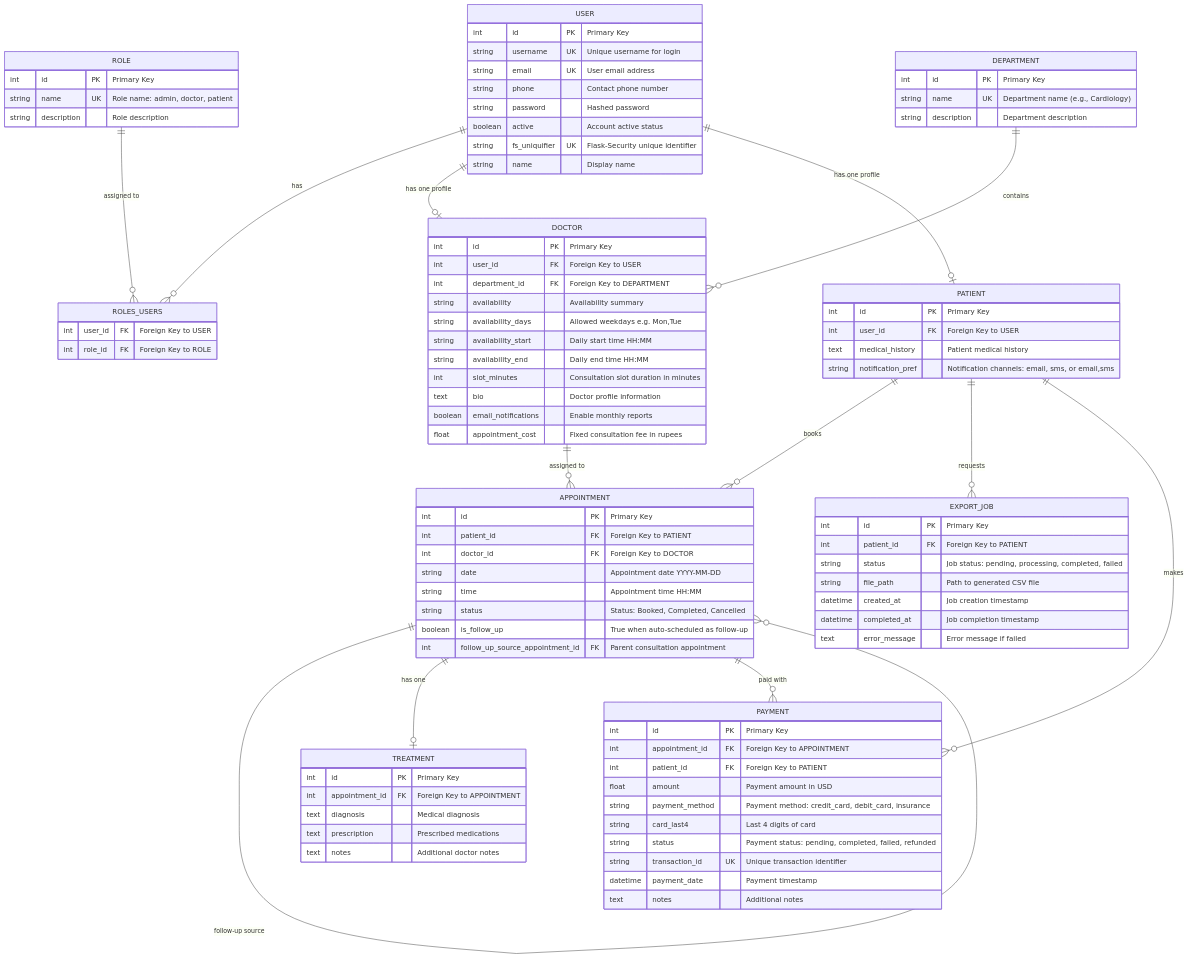
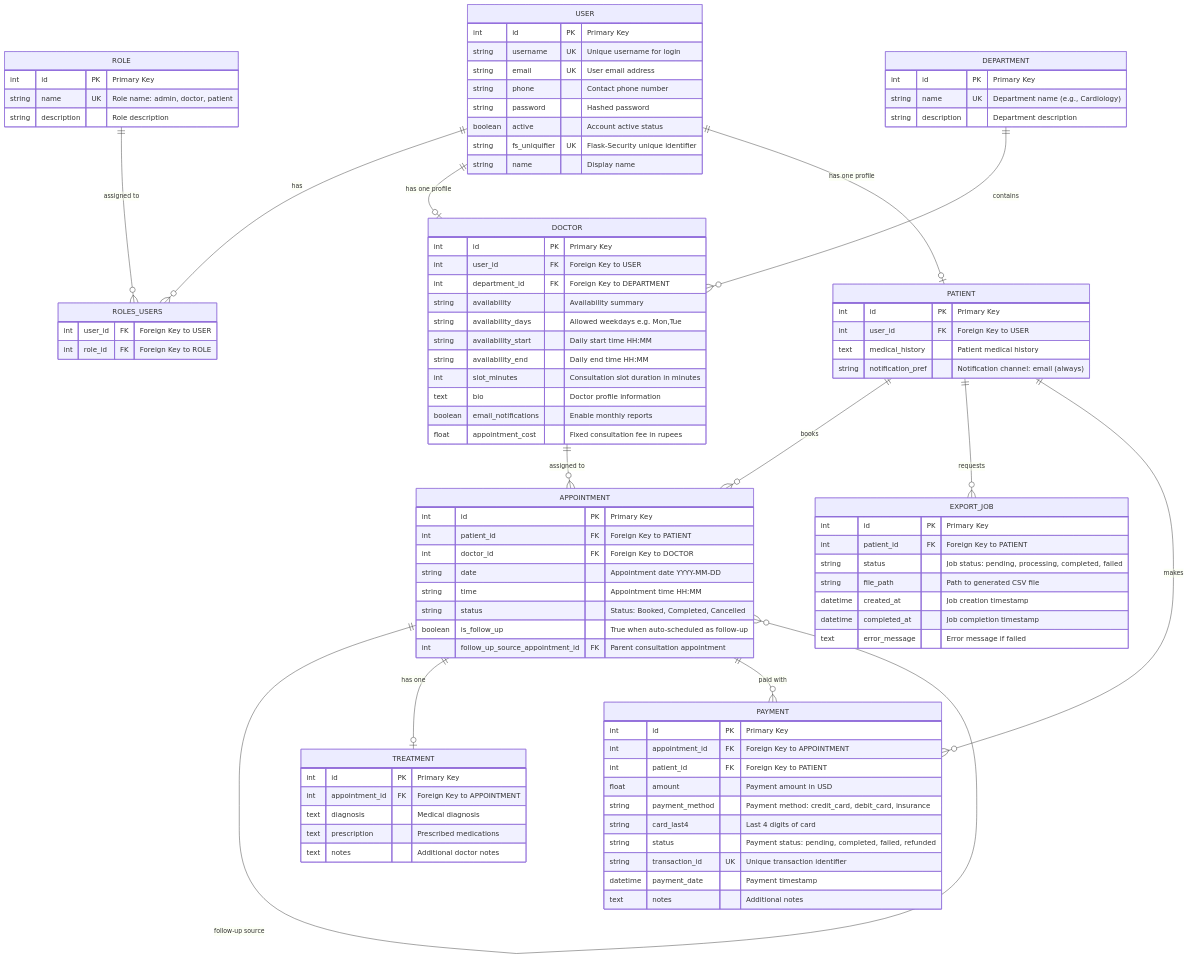
One commit to 990aa/hospital-operations-system changed the diagram in docs/er_diagram.mmd. Above: the diagram before and after it, drawn with Mermaid. The commit also changed 20 other files, not shown here.

```diff
--- a/docs/er_diagram.mmd
+++ b/docs/er_diagram.mmd
@@ -1,111 +1,111 @@
 erDiagram
     %% Hospital Management System - Entity Relationship Diagram
     %% Database Schema for Patient, Doctor, Admin, Appointments and Treatments
     
     USER ||--o{ ROLES_USERS : "has"
     ROLE ||--o{ ROLES_USERS : "assigned to"
     USER ||--o| DOCTOR : "has one profile"
     USER ||--o| PATIENT : "has one profile"
     
     DEPARTMENT ||--o{ DOCTOR : "contains"
     
     PATIENT ||--o{ APPOINTMENT : "books"
     DOCTOR ||--o{ APPOINTMENT : "assigned to"
     APPOINTMENT ||--o{ APPOINTMENT : "follow-up source"
     
     APPOINTMENT ||--o| TREATMENT : "has one"
     APPOINTMENT ||--o{ PAYMENT : "paid with"
     
     PATIENT ||--o{ EXPORT_JOB : "requests"
     PATIENT ||--o{ PAYMENT : "makes"
     
     USER {
         int id PK "Primary Key"
         string username UK "Unique username for login"
         string email UK "User email address"
         string phone "Contact phone number"
         string password "Hashed password"
         boolean active "Account active status"
         string fs_uniquifier UK "Flask-Security unique identifier"
         string name "Display name"
     }
     
     ROLE {
         int id PK "Primary Key"
         string name UK "Role name: admin, doctor, patient"
         string description "Role description"
     }
     
     ROLES_USERS {
         int user_id FK "Foreign Key to USER"
         int role_id FK "Foreign Key to ROLE"
     }
     
     DEPARTMENT {
         int id PK "Primary Key"
         string name UK "Department name (e.g., Cardiology)"
         string description "Department description"
     }
     
     DOCTOR {
         int id PK "Primary Key"
         int user_id FK "Foreign Key to USER"
         int department_id FK "Foreign Key to DEPARTMENT"
         string availability "Availability summary"
         string availability_days "Allowed weekdays e.g. Mon,Tue"
         string availability_start "Daily start time HH:MM"
         string availability_end "Daily end time HH:MM"
         int slot_minutes "Consultation slot duration in minutes"
         text bio "Doctor profile information"
         boolean email_notifications "Enable monthly reports"
         float appointment_cost "Fixed consultation fee in rupees"
     }
     
     PATIENT {
         int id PK "Primary Key"
         int user_id FK "Foreign Key to USER"
         text medical_history "Patient medical history"
-        string notification_pref "Notification channels: email, sms, or email,sms"
+        string notification_pref "Notification channel: email (always)"
     }
     
     APPOINTMENT {
         int id PK "Primary Key"
         int patient_id FK "Foreign Key to PATIENT"
         int doctor_id FK "Foreign Key to DOCTOR"
         string date "Appointment date YYYY-MM-DD"
         string time "Appointment time HH:MM"
         string status "Status: Booked, Completed, Cancelled"
         boolean is_follow_up "True when auto-scheduled as follow-up"
         int follow_up_source_appointment_id FK "Parent consultation appointment"
     }
     
     TREATMENT {
         int id PK "Primary Key"
         int appointment_id FK "Foreign Key to APPOINTMENT"
         text diagnosis "Medical diagnosis"
         text prescription "Prescribed medications"
         text notes "Additional doctor notes"
     }
     
     EXPORT_JOB {
         int id PK "Primary Key"
         int patient_id FK "Foreign Key to PATIENT"
         string status "Job status: pending, processing, completed, failed"
         string file_path "Path to generated CSV file"
         datetime created_at "Job creation timestamp"
         datetime completed_at "Job completion timestamp"
         text error_message "Error message if failed"
     }
     
     PAYMENT {
         int id PK "Primary Key"
         int appointment_id FK "Foreign Key to APPOINTMENT"
         int patient_id FK "Foreign Key to PATIENT"
         float amount "Payment amount in USD"
         string payment_method "Payment method: credit_card, debit_card, insurance"
         string card_last4 "Last 4 digits of card"
         string status "Payment status: pending, completed, failed, refunded"
         string transaction_id UK "Unique transaction identifier"
         datetime payment_date "Payment timestamp"
         text notes "Additional notes"
     }
```
